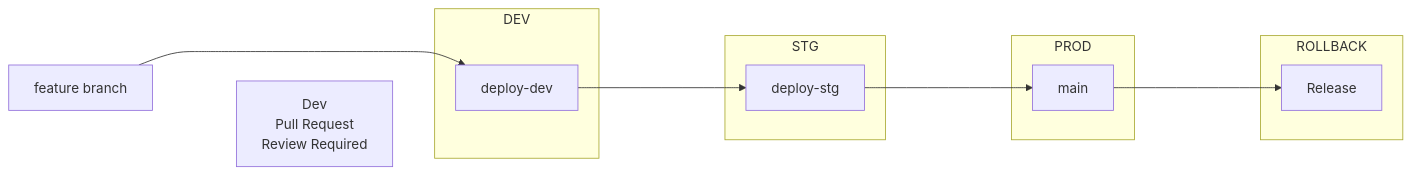
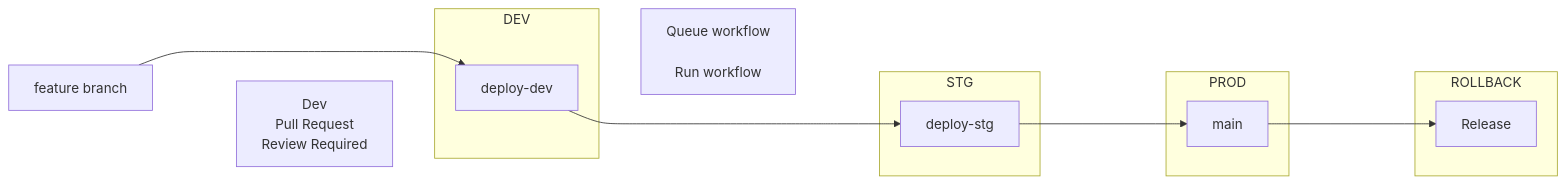
The diagram in Gates-Workflow.md (fritzramos-gf/Workflows), drawn with Mermaid before and after one commit.

````diff
--- a/Gates-Workflow.md
+++ b/Gates-Workflow.md
@@ -1,31 +1,34 @@
 ```mermaid
 flowchart LR
     A[feature branch] ----> B
     A ~~~ C["Dev\nPull Request\nReview Required"]
     C ~~~ B
     subgraph DEV
         B[deploy-dev]
     end
+    B ~~~ G["Queue workflow
+            \nRun workflow"]
+
     B ----> D
     subgraph STG
         D[deploy-stg]
     end
     D ----> E
     subgraph PROD
         E[main]
     end
     E ----> F
     subgraph ROLLBACK
         F[Release]
     end
 
 
 
 
 
 
 
 
 
 
 ```
````
